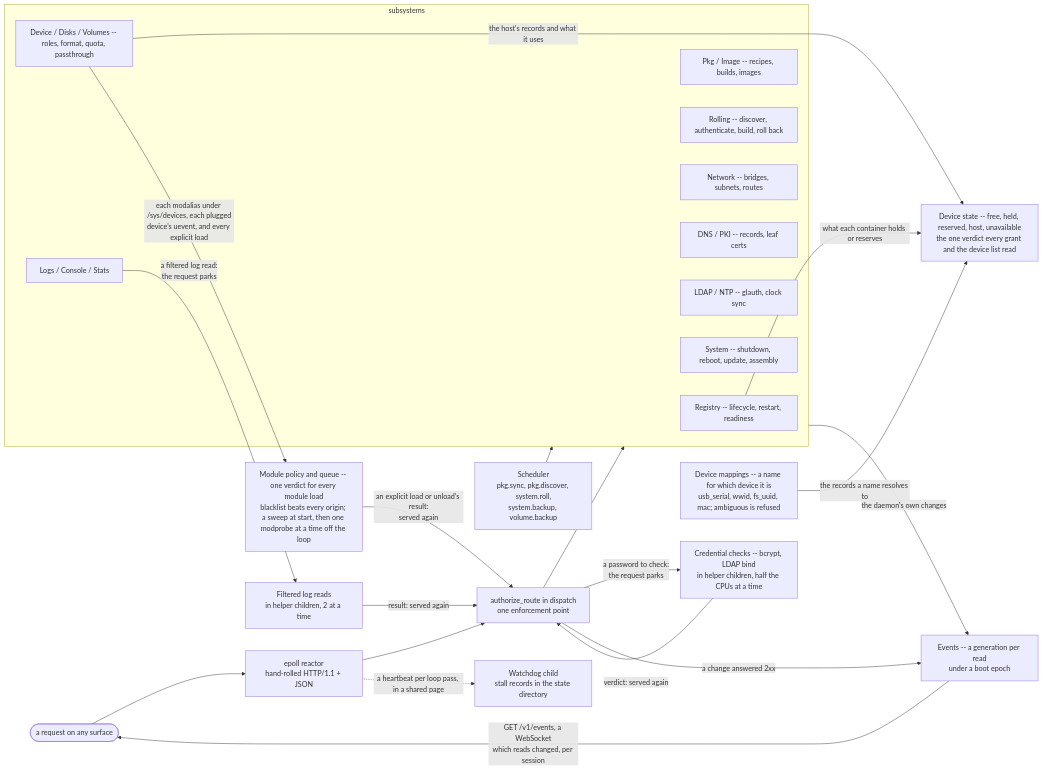
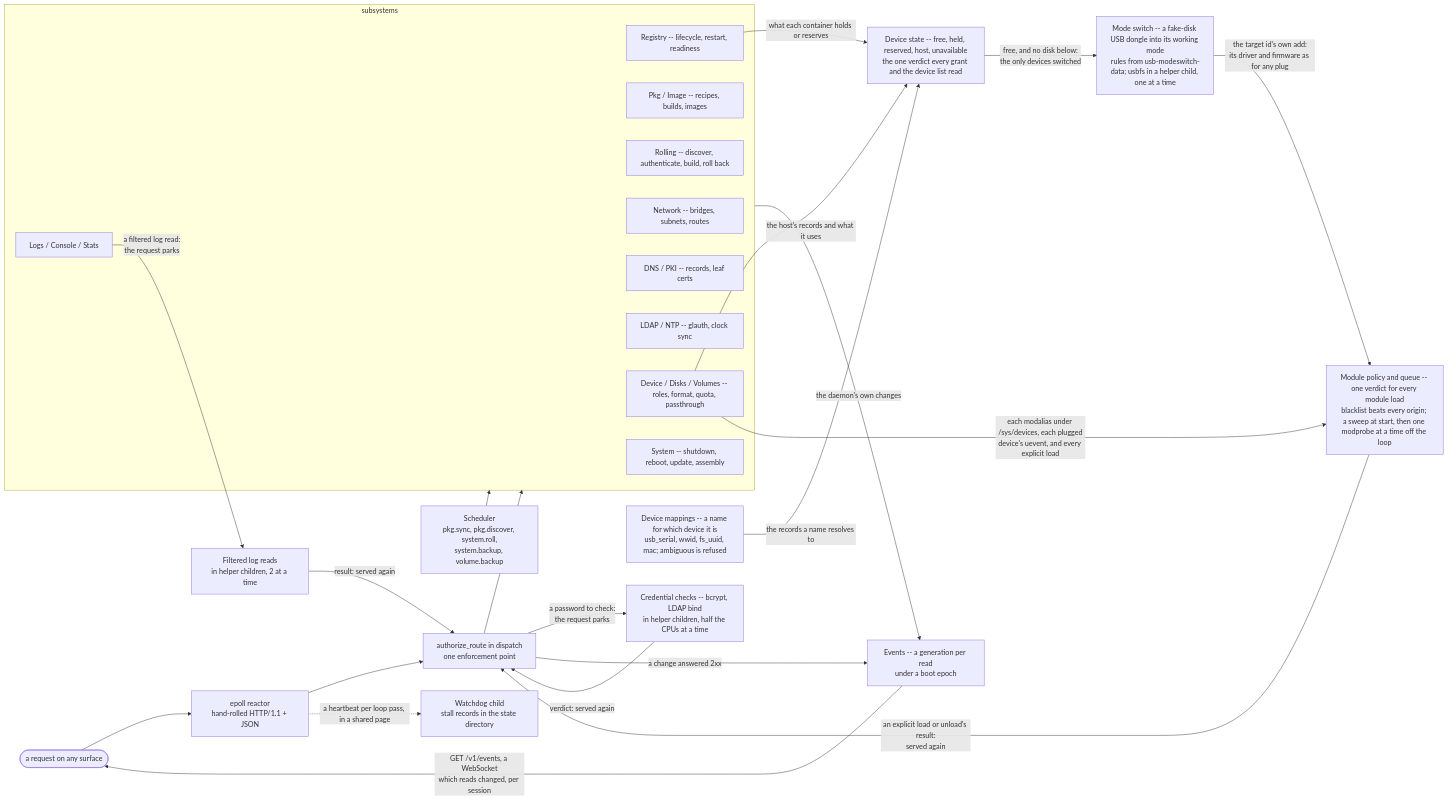
The second of 6 diagrams in docs/architecture/architecture.md (The-Cix-Project/cix), drawn with Mermaid before and after one commit. The commit also changed other lines of this file and 21 other files, not shown here.

First line of the commit message:
cixd switches a multi-mode USB device into its working mode (ADR-0398, release A)

````diff
--- a/docs/architecture/architecture.md
+++ b/docs/architecture/architecture.md
@@ -42,35 +42,38 @@
 ```mermaid
 flowchart LR
     req(["a request on any surface"]) --> reactor
     reactor["epoll reactor<br/>hand-rolled HTTP/1.1 + JSON"] --> rbac
     rbac -- "a password to check:<br/>the request parks" --> credcheck
     credcheck["Credential checks -- bcrypt, LDAP bind<br/>in helper children, half the CPUs at a time"] -- "verdict: served again" --> rbac
     rbac["authorize_route in dispatch<br/>one enforcement point"] --> subsys
     sched["Scheduler<br/>pkg.sync, pkg.discover, system.roll,<br/>system.backup, volume.backup"] --> subsys
     rbac -- "a change answered 2xx" --> events
     subsys -- "the daemon's own changes" --> events
     events["Events -- a generation per read<br/>under a boot epoch"]
     reactor -. "a heartbeat per loop pass, in a shared page" .-> watchdog["Watchdog child<br/>stall records in the state directory"]
     events -- "GET /v1/events, a WebSocket<br/>which reads changed, per session" --> req
 
     subgraph subsys["subsystems"]
         registry["Registry -- lifecycle, restart, readiness"]
         pkgimg["Pkg / Image -- recipes, builds, images"]
         rolling["Rolling -- discover, authenticate, build, roll back"]
         network["Network -- bridges, subnets, routes"]
         dnspki["DNS / PKI -- records, leaf certs"]
         ldapntp["LDAP / NTP -- glauth, clock sync"]
         devdisk["Device / Disks / Volumes -- roles, format, quota, passthrough"]
         system["System -- shutdown, reboot, update, assembly"]
         logs["Logs / Console / Stats"]
     end
     registry -- "what each container holds or reserves" --> devstate
     devdisk -- "the host's records and what it uses" --> devstate
     devstate["Device state -- free, held, reserved, host, unavailable<br/>the one verdict every grant and the device list read"]
     devmatch["Device mappings -- a name for which device it is<br/>usb_serial, wwid, fs_uuid, mac; ambiguous is refused"] -- "the records a name resolves to" --> devstate
     kmodpolicy["Module policy and queue -- one verdict for every module load<br/>blacklist beats every origin; a sweep at start, then one modprobe at a time off the loop"]
     devdisk -- "each modalias under /sys/devices, each plugged<br/>device's uevent, and every explicit load" --> kmodpolicy
     kmodpolicy -- "an explicit load or unload's result:<br/>served again" --> rbac
+    modeswitch["Mode switch -- a fake-disk USB dongle into its working mode<br/>rules from usb-modeswitch-data; usbfs in a helper child, one at a time"]
+    devstate -- "free, and no disk below:<br/>the only devices switched" --> modeswitch
+    modeswitch -- "the target id's own add:<br/>its driver and firmware as for any plug" --> kmodpolicy
     logs -- "a filtered log read:<br/>the request parks" --> logread
     logread["Filtered log reads<br/>in helper children, 2 at a time"] -- "result: served again" --> rbac
 ```
````
